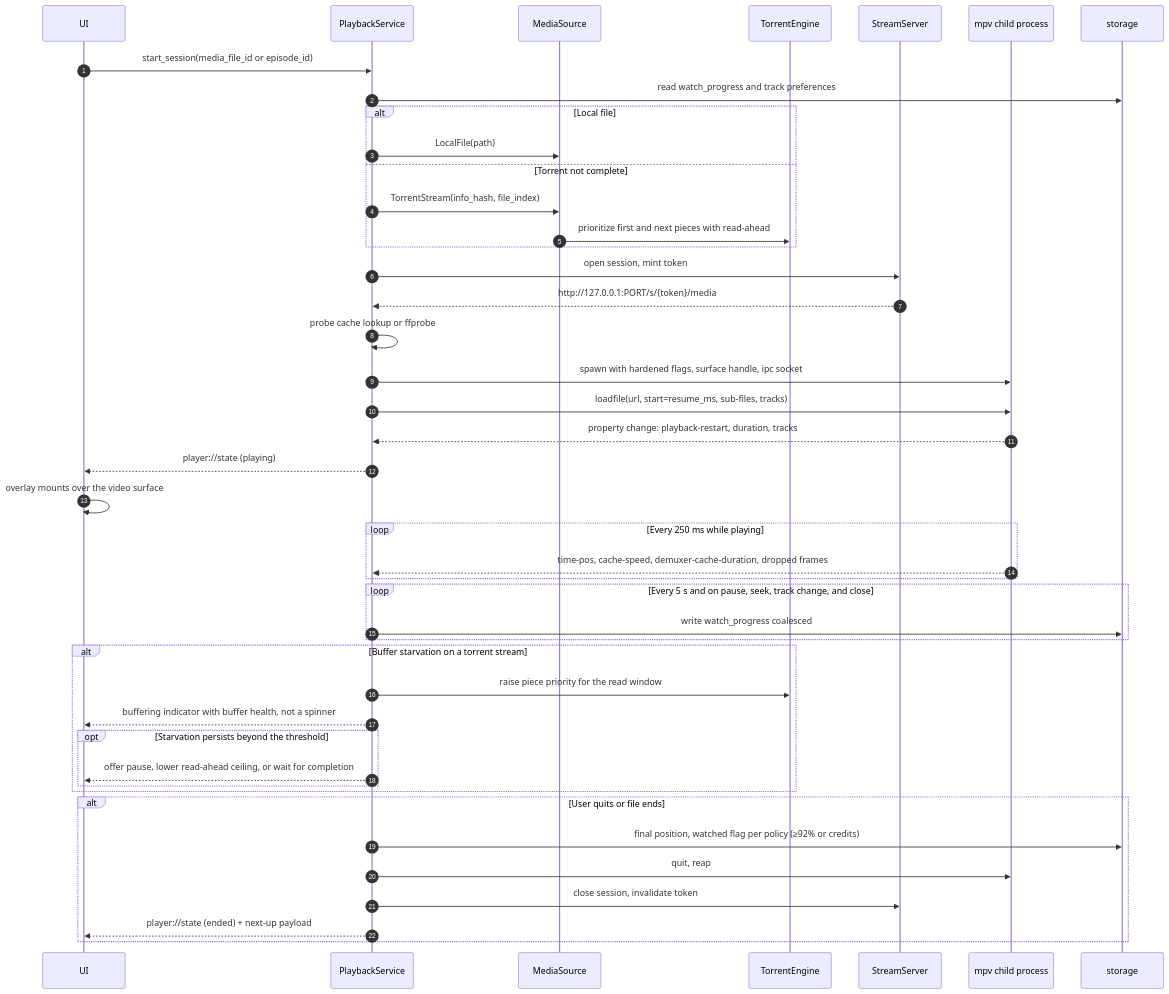
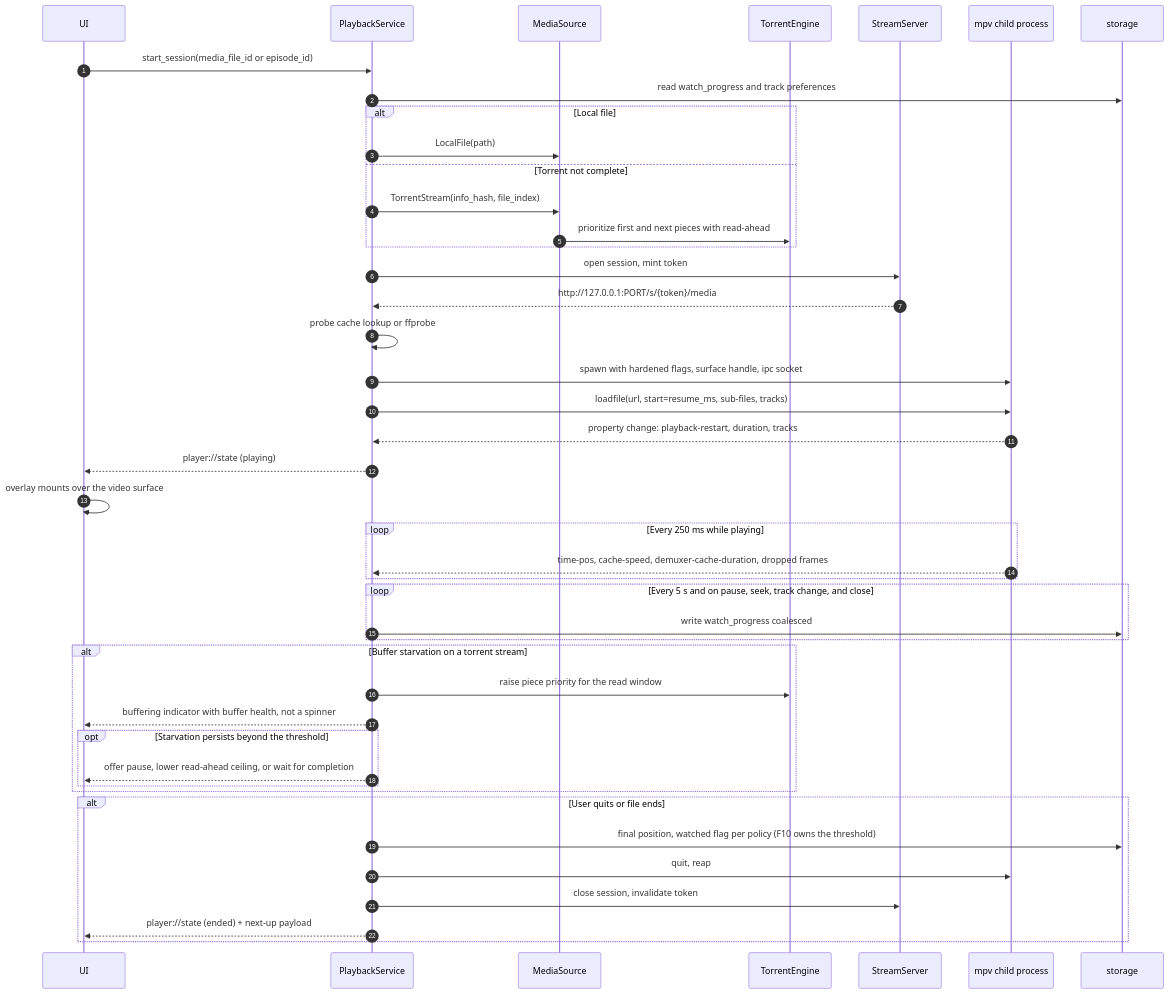
Before and after one commit to DavidNgugi/peregrine: the seventh of 20 diagrams in docs/FLOWS.md, drawn with Mermaid. The commit also changed other lines of this file and 1 other file, not shown here.

Commit message:
docs: separate the watched policy from the storage floor it must satisfy
Three documents stated the watched threshold and no two agreed: INVARIANTS I6
said a stored `watched = 1` row implies `percent >= 0.92`, F7 said the policy
marks watched at 92%, and F10 said 95%. Read together they look like a
contradiction, which is why the domain work and two review passes each read
them differently.

They are not contradictory once the two concepts are separated, so that is now
written down once, in the flow that owns the behaviour:

  * F10 is the policy. Normal playback marks watched at >= 0.95 or at the
    credits, and resumes at three seconds before the stored position.
  * I6 is a storage floor of 0.92. It is deliberately weaker, so a manual mark
    or an imported Trakt row between the two numbers stays representable
    instead of the database rejecting it.
  * F7 no longer restates a number it does not own; it points at F10.

PG-E4-09 owns the policy boundary and PG-E4-01 owns the invariant boundary,
so both thresholds are tested by the task that decides them.

````diff
--- a/docs/FLOWS.md
+++ b/docs/FLOWS.md
@@ -302,52 +302,52 @@
 ```mermaid
 sequenceDiagram
     autonumber
     participant UI
     participant PS as PlaybackService
     participant Src as MediaSource
     participant Eng as TorrentEngine
     participant Stream as StreamServer
     participant Mpv as mpv child process
     participant DB as storage
 
     UI->>PS: start_session(media_file_id or episode_id)
     PS->>DB: read watch_progress and track preferences
 
     alt Local file
         PS->>Src: LocalFile(path)
     else Torrent not complete
         PS->>Src: TorrentStream(info_hash, file_index)
         Src->>Eng: prioritize first and next pieces with read-ahead
     end
 
     PS->>Stream: open session, mint token
     Stream-->>PS: http://127.0.0.1:PORT/s/{token}/media
     PS->>PS: probe cache lookup or ffprobe
     PS->>Mpv: spawn with hardened flags, surface handle, ipc socket
     PS->>Mpv: loadfile(url, start=resume_ms, sub-files, tracks)
     Mpv-->>PS: property change: playback-restart, duration, tracks
     PS-->>UI: player://state (playing)
     UI->>UI: overlay mounts over the video surface
 
     loop Every 250 ms while playing
         Mpv-->>PS: time-pos, cache-speed, demuxer-cache-duration, dropped frames
     end
     loop Every 5 s and on pause, seek, track change, and close
         PS->>DB: write watch_progress coalesced
     end
 
     alt Buffer starvation on a torrent stream
         PS->>Eng: raise piece priority for the read window
         PS-->>UI: buffering indicator with buffer health, not a spinner
         opt Starvation persists beyond the threshold
             PS-->>UI: offer pause, lower read-ahead ceiling, or wait for completion
         end
     end
 
     alt User quits or file ends
-        PS->>DB: final position, watched flag per policy (≥92% or credits)
+        PS->>DB: final position, watched flag per policy (F10 owns the threshold)
         PS->>Mpv: quit, reap
         PS->>Stream: close session, invalidate token
         PS-->>UI: player://state (ended) + next-up payload
     end
 ```
````
